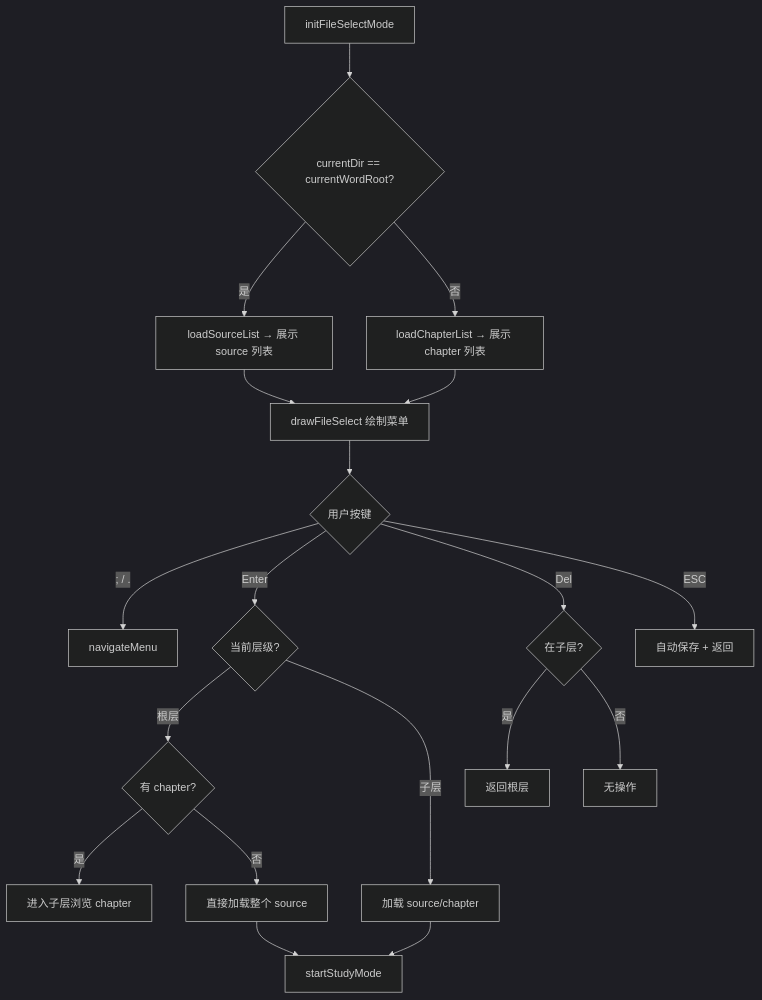
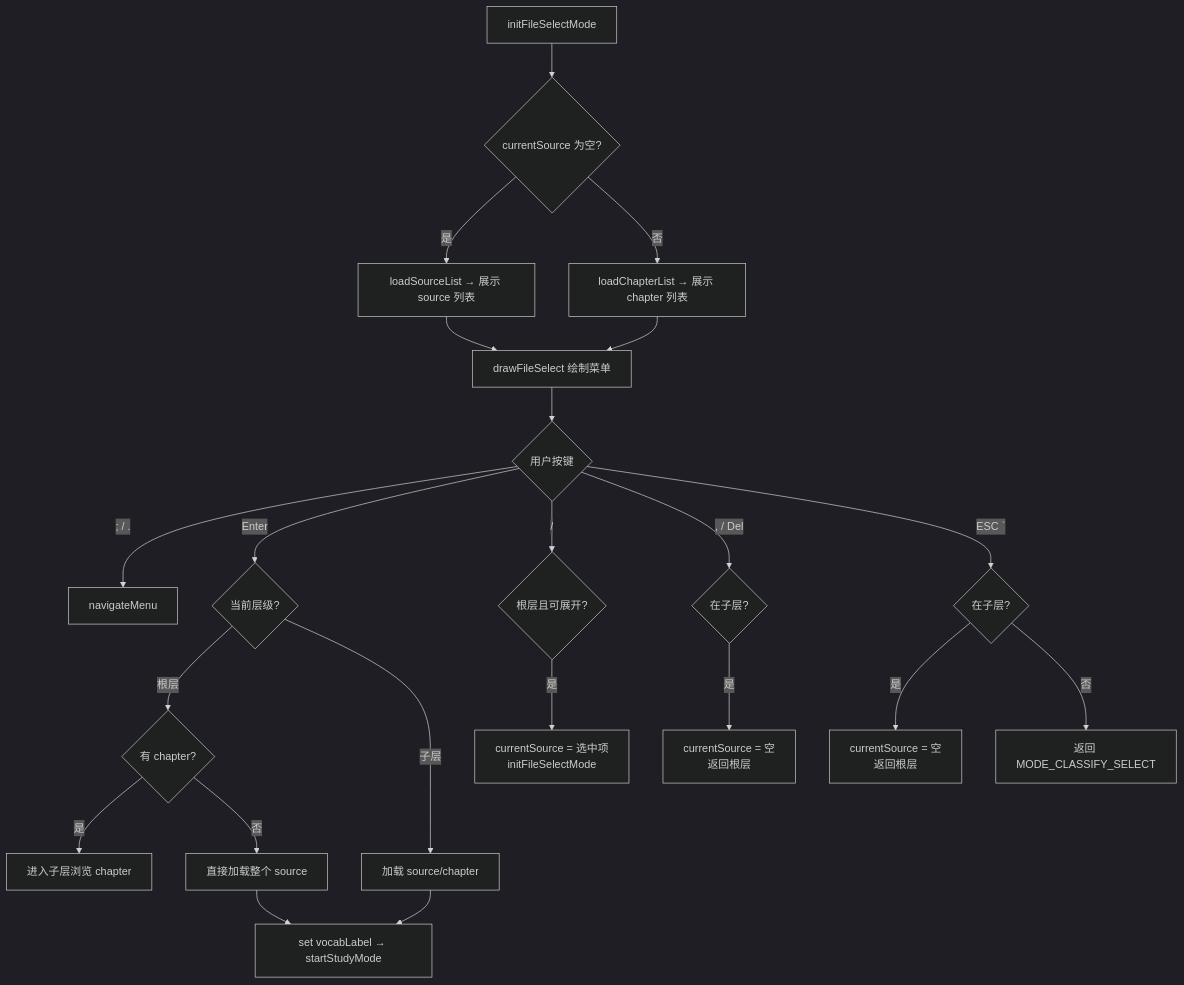
Before and after one commit to Mr-xiaotian/WordCardputer: the diagram in docs/zh-CN/ModeSourceSelect.md, drawn with Mermaid (dark theme). The commit also changed other lines of this file and 23 other files, not shown here.

````diff
--- a/docs/zh-CN/ModeSourceSelect.md
+++ b/docs/zh-CN/ModeSourceSelect.md
@@ -23,19 +24,22 @@
 ```mermaid
 flowchart TD
-    A[initFileSelectMode] --> B{currentDir == currentWordRoot?}
+    A[initFileSelectMode] --> B{currentSource 为空?}
     B -->|是| C[loadSourceList → 展示 source 列表]
     B -->|否| D[loadChapterList → 展示 chapter 列表]
     C & D --> E[drawFileSelect 绘制菜单]
     E --> F{用户按键}
     F -->|; / .| G[navigateMenu]
     F -->|Enter| H{当前层级?}
     H -->|根层| I{有 chapter?}
     I -->|是| J[进入子层浏览 chapter]
     I -->|否| K[直接加载整个 source]
     H -->|子层| L[加载 source/chapter]
-    K & L --> M[startStudyMode]
-    F -->|Del| N{在子层?}
-    N -->|是| O[返回根层]
-    N -->|否| P[无操作]
-    F -->|ESC| Q[自动保存 + 返回]
+    K & L --> M[set vocabLabel → startStudyMode]
+    F -->|/| N{根层且可展开?}
+    N -->|是| O[currentSource = 选中项<br/>initFileSelectMode]
+    F -->|, / Del| P{在子层?}
+    P -->|是| Q[currentSource = 空<br/>返回根层]
+    F -->|ESC `| R{在子层?}
+    R -->|是| S[currentSource = 空<br/>返回根层]
+    R -->|否| T[返回 MODE_CLASSIFY_SELECT]
 ```
````
